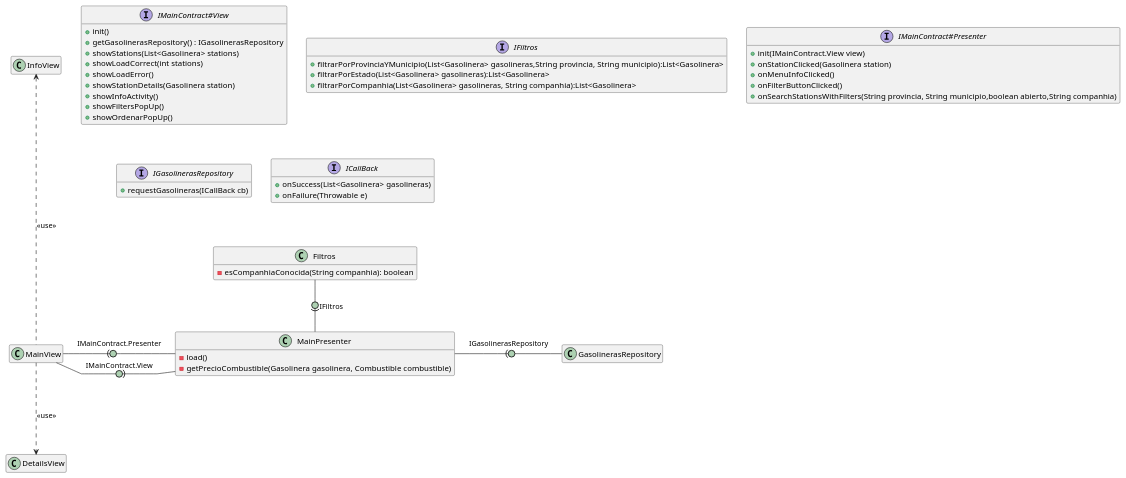
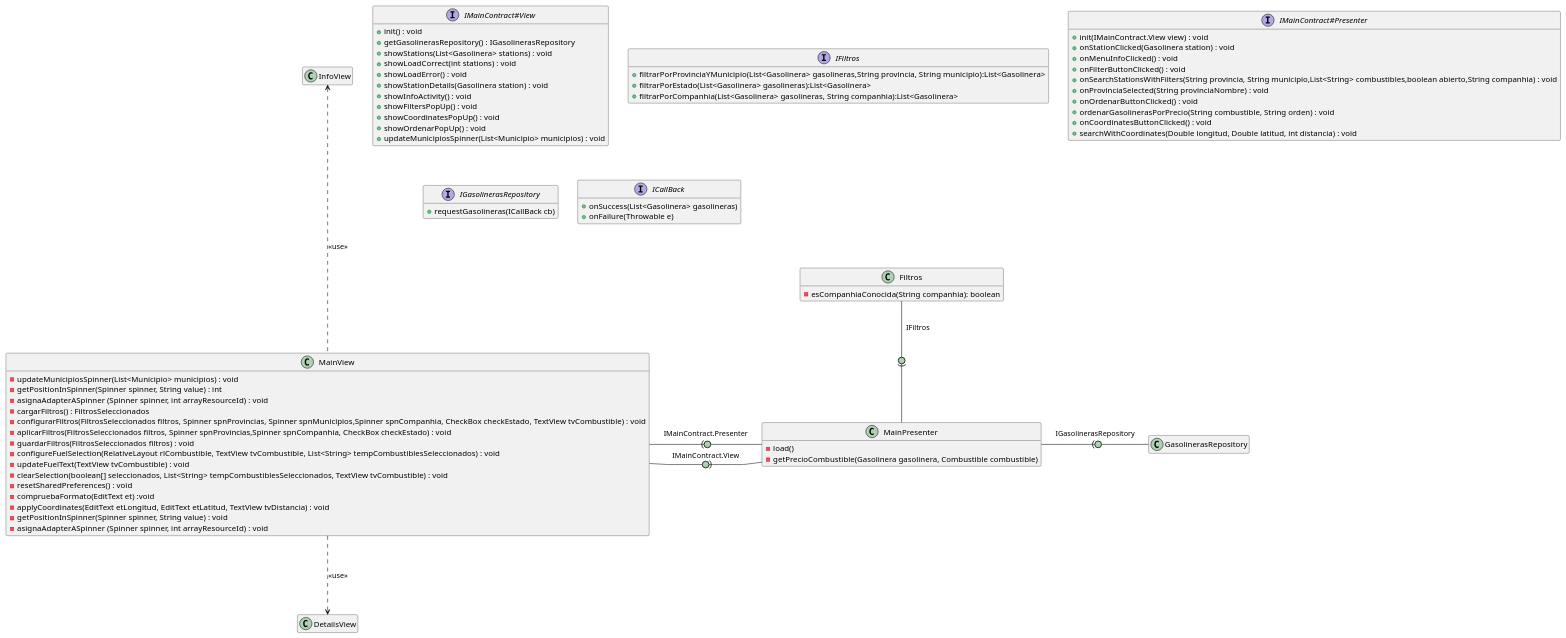
The diagram in Docs/Models/AppArchitecture.puml (isunican/App-Gasolineras-Grupo5), drawn with PlantUML before and after one commit. The commit also changed 12 other files, not shown here.

```diff
--- a/Docs/Models/AppArchitecture.puml
+++ b/Docs/Models/AppArchitecture.puml
@@ -1,63 +1,90 @@
 @startuml clases
 
 hide empty members
 skinparam linetype polyline
 skinparam arrowLollipopColor #ADD1B2
 
 MainView -right(0- MainPresenter : IMainContract.Presenter
 MainView -right0)- MainPresenter : IMainContract.View
 MainView -up..-> InfoView : <<use>>
 MainView -down..> DetailsView : <<use>>
 MainPresenter -right(0- GasolinerasRepository : IGasolinerasRepository
 
 Filtros -down0)- MainPresenter : IFiltros
 
 
 class MainPresenter {
     -load()
     -getPrecioCombustible(Gasolinera gasolinera, Combustible combustible)
 }
 class Filtros {
 
      - esCompanhiaConocida(String companhia): boolean
 
 }
 
+class MainView {
+
+     -updateMunicipiosSpinner(List<Municipio> municipios) : void
+     -getPositionInSpinner(Spinner spinner, String value) : int
+     -asignaAdapterASpinner (Spinner spinner, int arrayResourceId) : void
+     -cargarFiltros() : FiltrosSeleccionados
+     -configurarFiltros(FiltrosSeleccionados filtros, Spinner spnProvincias, Spinner spnMunicipios,Spinner spnCompanhia, CheckBox checkEstado, TextView tvCombustible) : void
+     -aplicarFiltros(FiltrosSeleccionados filtros, Spinner spnProvincias,Spinner spnCompanhia, CheckBox checkEstado) : void
+     -guardarFiltros(FiltrosSeleccionados filtros) : void
+     -configureFuelSelection(RelativeLayout rlCombustible, TextView tvCombustible, List<String> tempCombustiblesSeleccionados) : void
+     -updateFuelText(TextView tvCombustible) : void
+     -clearSelection(boolean[] seleccionados, List<String> tempCombustiblesSeleccionados, TextView tvCombustible) : void
+     -resetSharedPreferences() : void
+     -compruebaFormato(EditText et) :void
+     -applyCoordinates(EditText etLongitud, EditText etLatitud, TextView tvDistancia) : void
+     -getPositionInSpinner(Spinner spinner, String value) : void
+     -asignaAdapterASpinner (Spinner spinner, int arrayResourceId) : void
+
+}
+
 interface IMainContract#View {
-    + init()
+    + init() : void
     + getGasolinerasRepository() : IGasolinerasRepository
-    + showStations(List<Gasolinera> stations)
-    + showLoadCorrect(int stations)
-    + showLoadError()
-    + showStationDetails(Gasolinera station)
-    + showInfoActivity()
-    + showFiltersPopUp()
-    + showOrdenarPopUp()
+    + showStations(List<Gasolinera> stations) : void
+    + showLoadCorrect(int stations) : void
+    + showLoadError() : void
+    + showStationDetails(Gasolinera station) : void
+    + showInfoActivity() : void
+    + showFiltersPopUp() : void
+    + showCoordinatesPopUp() : void
+    + showOrdenarPopUp() : void
+    + updateMunicipiosSpinner(List<Municipio> municipios) : void
 }
 
 interface IFiltros {
     + filtrarPorProvinciaYMunicipio(List<Gasolinera> gasolineras,String provincia, String municipio):List<Gasolinera>
     + filtrarPorEstado(List<Gasolinera> gasolineras):List<Gasolinera>
     + filtrarPorCompanhia(List<Gasolinera> gasolineras, String companhia):List<Gasolinera>
 }
 
 interface IMainContract#Presenter {
-    + init(IMainContract.View view)
-    + onStationClicked(Gasolinera station)
-    + onMenuInfoClicked()
-    + onFilterButtonClicked()
-    + onSearchStationsWithFilters(String provincia, String municipio,boolean abierto,String companhia)
+    + init(IMainContract.View view) : void
+    + onStationClicked(Gasolinera station) : void
+    + onMenuInfoClicked() : void
+    + onFilterButtonClicked() : void
+    + onSearchStationsWithFilters(String provincia, String municipio,List<String> combustibles,boolean abierto,String companhia) : void
+    + onProvinciaSelected(String provinciaNombre) : void
+    + onOrdenarButtonClicked() : void
+    + ordenarGasolinerasPorPrecio(String combustible, String orden) : void
+    + onCoordinatesButtonClicked() : void
+    + searchWithCoordinates(Double longitud, Double latitud, int distancia) : void
  
 }
 
 interface IGasolinerasRepository {
     + requestGasolineras(ICallBack cb)
 }
 
 interface ICallBack {
     + onSuccess(List<Gasolinera> gasolineras)
     + onFailure(Throwable e)
 }
 
 
 @enduml
```
